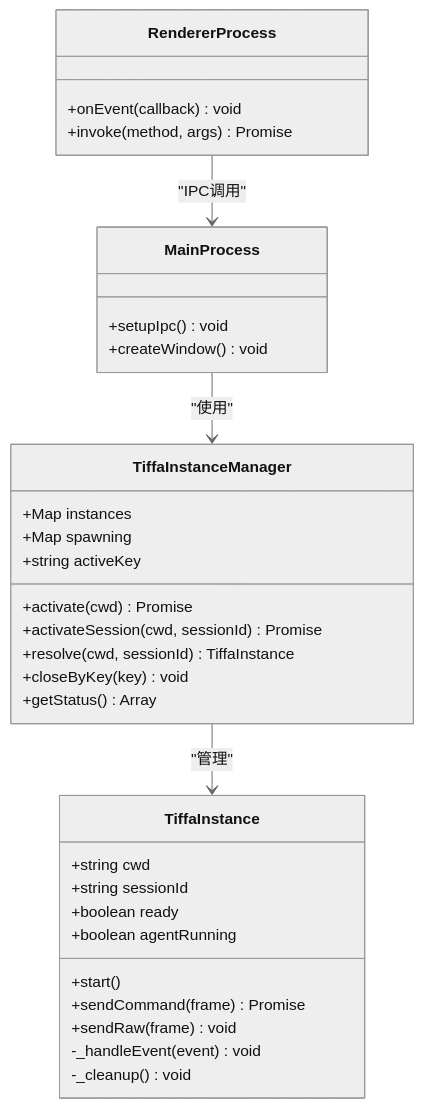
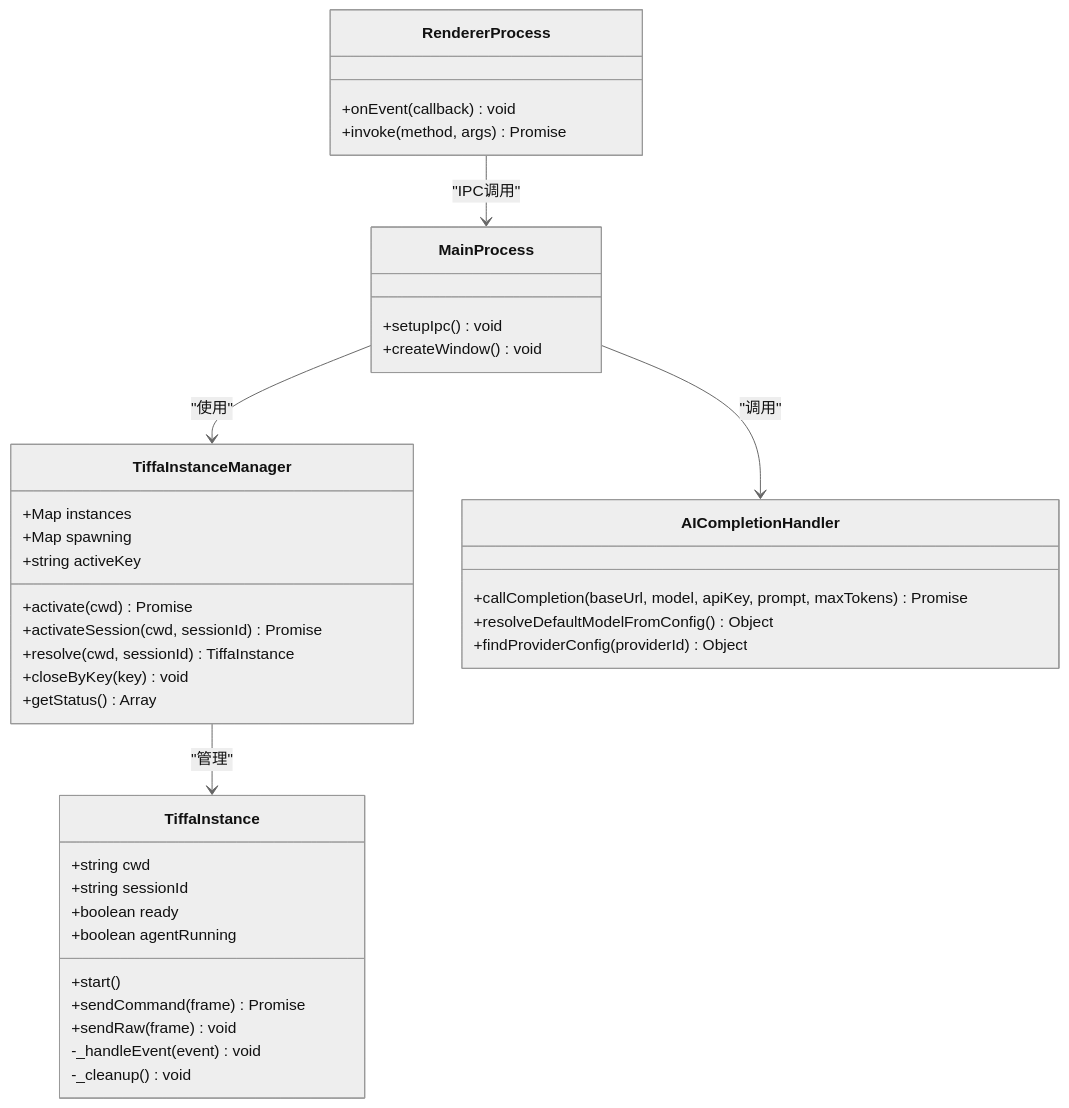
Before and after one commit to swond-Mao/Tiffa: the third of 3 diagrams in .qoder/repowiki/zh/content/API参考/IPC接口文档.md, drawn with Mermaid (neutral theme). The commit also changed other lines of this file and 17 other files, not shown here.

````diff
--- a/.qoder/repowiki/zh/content/API参考/IPC接口文档.md
+++ b/.qoder/repowiki/zh/content/API参考/IPC接口文档.md
@@ -475,35 +514,41 @@
 ```mermaid
 classDiagram
 class TiffaInstance {
 +string cwd
 +string sessionId
 +boolean ready
 +boolean agentRunning
 +start()
 +sendCommand(frame) Promise
 +sendRaw(frame) void
 -_handleEvent(event) void
 -_cleanup() void
 }
 class TiffaInstanceManager {
 +Map instances
 +Map spawning
 +string activeKey
 +activate(cwd) Promise
 +activateSession(cwd, sessionId) Promise
 +resolve(cwd, sessionId) TiffaInstance
 +closeByKey(key) void
 +getStatus() Array
 }
+class AICompletionHandler {
++callCompletion(baseUrl, model, apiKey, prompt, maxTokens) Promise
++resolveDefaultModelFromConfig() Object
++findProviderConfig(providerId) Object
+}
 class MainProcess {
 +setupIpc() void
 +createWindow() void
 }
 class RendererProcess {
 +onEvent(callback) void
 +invoke(method, args) Promise
 }
 TiffaInstanceManager --> TiffaInstance : "管理"
 MainProcess --> TiffaInstanceManager : "使用"
+MainProcess --> AICompletionHandler : "调用"
 RendererProcess --> MainProcess : "IPC调用"
 ```
````
